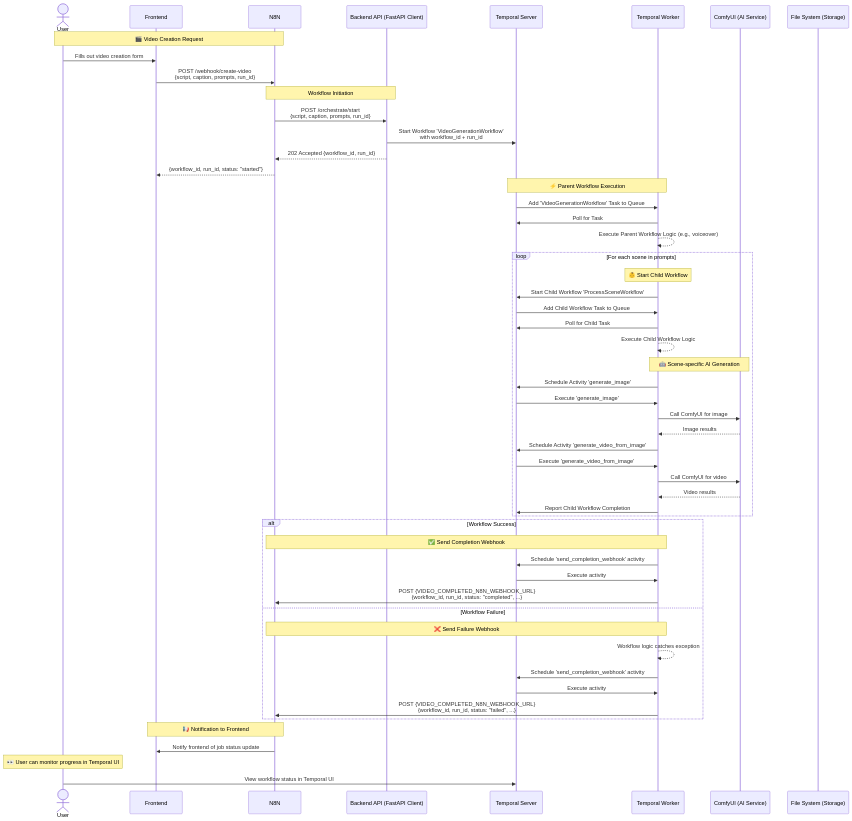
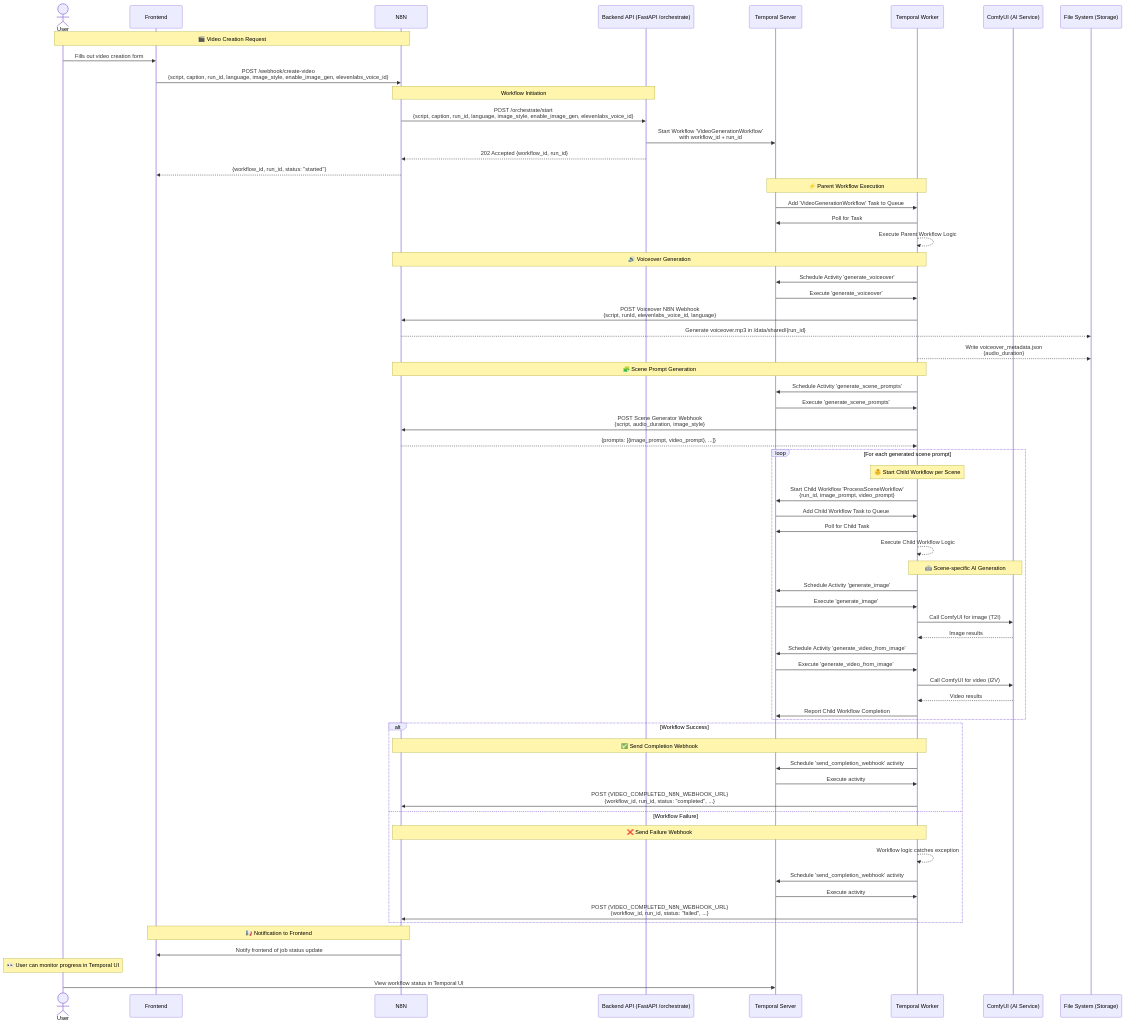
One commit to felipecaldas/edit-videos changed the first of 2 diagrams in docs/VIDEO_PROCESSING_SEQUENCE_DIAGRAM.md. Above: the diagram before and after it, drawn with Mermaid. The commit also changed other lines of this file and 8 other files, not shown here.

Commit message:
Integrate N8N-based voiceover and scene prompt generation with Temporal, and update architecture docs

````diff
--- a/docs/VIDEO_PROCESSING_SEQUENCE_DIAGRAM.md
+++ b/docs/VIDEO_PROCESSING_SEQUENCE_DIAGRAM.md
@@ -3,66 +3,79 @@
 ```mermaid
 sequenceDiagram
     actor U as User
     participant F as Frontend
     participant N as N8N
-    participant B as Backend API (FastAPI Client)
+    participant B as Backend API (FastAPI /orchestrate)
     participant T as Temporal Server
     participant TW as Temporal Worker
     participant C as ComfyUI (AI Service)
     participant FS as File System (Storage)
 
     Note over U,N: 🎬 Video Creation Request
     U->>F: Fills out video creation form
-    F->>N: POST /webhook/create-video<br/>{script, caption, prompts, run_id}
+    F->>N: POST /webhook/create-video<br/>{script, caption, run_id, language, image_style, enable_image_gen, elevenlabs_voice_id}
 
     Note over N,B:  Workflow Initiation
-    N->>B: POST /orchestrate/start<br/>{script, caption, prompts, run_id}
+    N->>B: POST /orchestrate/start<br/>{script, caption, run_id, language, image_style, enable_image_gen, elevenlabs_voice_id}
     B->>T: Start Workflow 'VideoGenerationWorkflow'<br/>with workflow_id + run_id
     B-->>N: 202 Accepted {workflow_id, run_id}
     N-->>F: {workflow_id, run_id, status: "started"}
 
     Note over T,TW: ⚡ Parent Workflow Execution
     T->>TW: Add 'VideoGenerationWorkflow' Task to Queue
     TW->>T: Poll for Task
-    TW-->>TW: Execute Parent Workflow Logic (e.g., voiceover)
+    TW-->>TW: Execute Parent Workflow Logic
 
-    loop For each scene in prompts
-        Note over TW: 👶 Start Child Workflow
-        TW->>T: Start Child Workflow 'ProcessSceneWorkflow'
+    Note over TW,N: 🔊 Voiceover Generation
+    TW->>T: Schedule Activity 'generate_voiceover'
+    T->>TW: Execute 'generate_voiceover'
+    TW->>N: POST Voiceover N8N Webhook<br/>{script, runId, elevenlabs_voice_id, language}
+    N-->>FS: Generate voiceover.mp3 in /data/shared/{run_id}
+    TW-->>FS: Write voiceover_metadata.json<br/>{audio_duration}
+
+    Note over TW,N: 🧩 Scene Prompt Generation
+    TW->>T: Schedule Activity 'generate_scene_prompts'
+    T->>TW: Execute 'generate_scene_prompts'
+    TW->>N: POST Scene Generator Webhook<br/>{script, audio_duration, image_style}
+    N-->>TW: {prompts: [{image_prompt, video_prompt}, ...]}
+
+    loop For each generated scene prompt
+        Note over TW: 👶 Start Child Workflow per Scene
+        TW->>T: Start Child Workflow 'ProcessSceneWorkflow'<br/>{run_id, image_prompt, video_prompt}
         T->>TW: Add Child Workflow Task to Queue
         TW->>T: Poll for Child Task
         TW-->>TW: Execute Child Workflow Logic
 
         Note over TW,C: 🤖 Scene-specific AI Generation
         TW->>T: Schedule Activity 'generate_image'
         T->>TW: Execute 'generate_image'
-        TW->>C: Call ComfyUI for image
+        TW->>C: Call ComfyUI for image (T2I)
         C-->>TW: Image results
         TW->>T: Schedule Activity 'generate_video_from_image'
         T->>TW: Execute 'generate_video_from_image'
-        TW->>C: Call ComfyUI for video
+        TW->>C: Call ComfyUI for video (I2V)
         C-->>TW: Video results
 
         TW->>T: Report Child Workflow Completion
     end
 
     alt Workflow Success
         Note over TW,N: ✅ Send Completion Webhook
         TW->>T: Schedule 'send_completion_webhook' activity
         T->>TW: Execute activity
         TW->>N: POST {VIDEO_COMPLETED_N8N_WEBHOOK_URL}<br/>{workflow_id, run_id, status: "completed", ...}
 
     else Workflow Failure
         Note over TW,N: ❌ Send Failure Webhook
         TW-->>TW: Workflow logic catches exception
         TW->>T: Schedule 'send_completion_webhook' activity
         T->>TW: Execute activity
         TW->>N: POST {VIDEO_COMPLETED_N8N_WEBHOOK_URL}<br/>{workflow_id, run_id, status: "failed", ...}
     end
 
     Note over N,F: 📢 Notification to Frontend
     N->>F: Notify frontend of job status update
 
     Note over U: 👀 User can monitor progress in Temporal UI
     U->>T: View workflow status in Temporal UI
 ```
````
